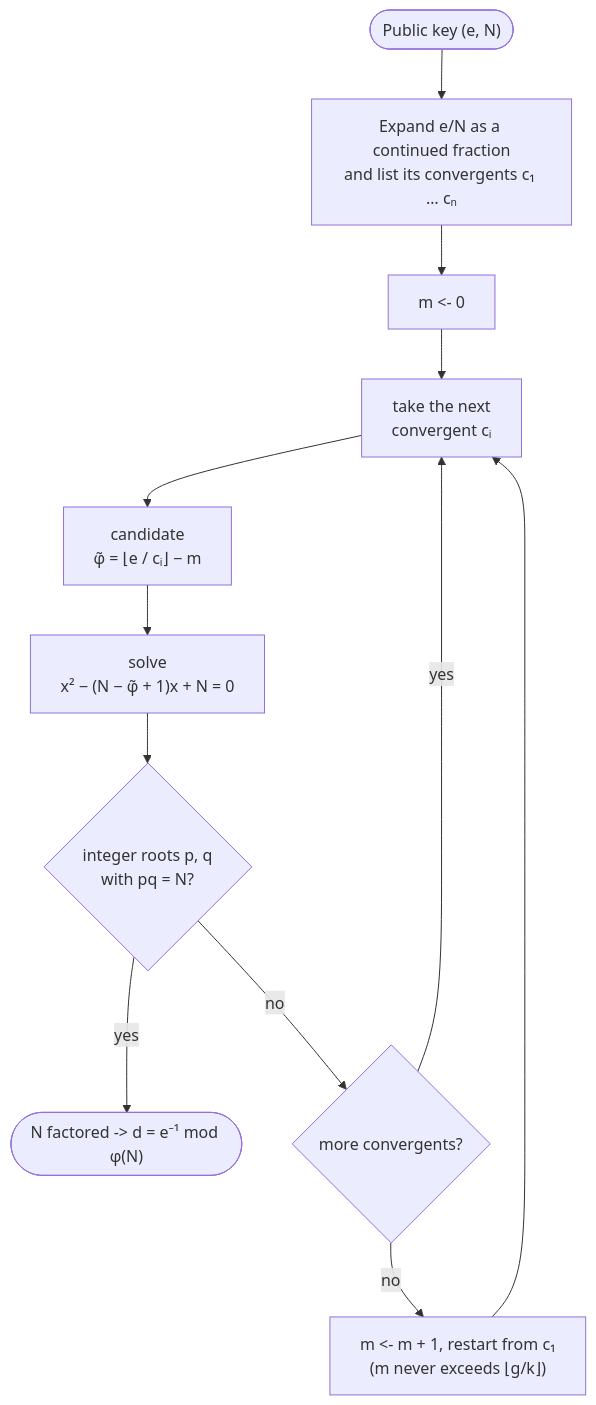
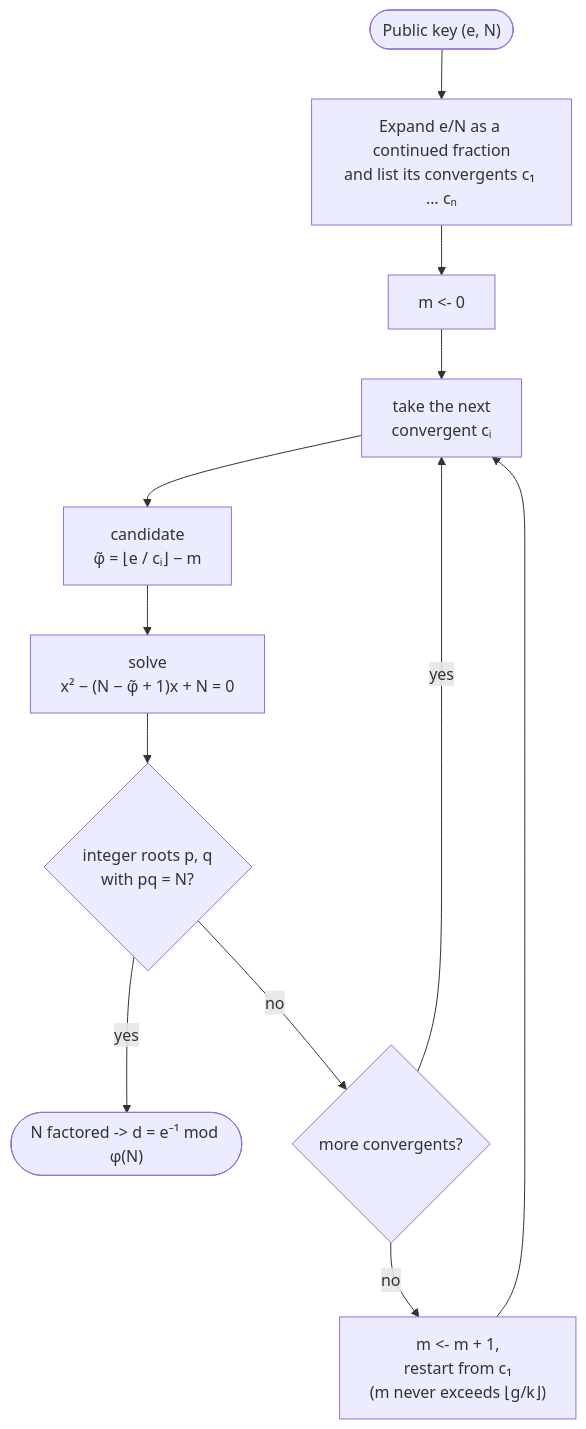
Before and after one commit to matteogiorgi/wiener: the third of 3 diagrams in README.md, drawn with Mermaid.

````diff
--- a/README.md
+++ b/README.md
@@ -200,14 +200,14 @@
 ```mermaid
 flowchart TD
     S(["Public key (e, N)"]) --> CF["Expand e/N as a continued fraction<br/>and list its convergents c₁ … cₙ"]
     CF --> M["m <- 0"]
     M --> I["take the next<br/>convergent cᵢ"]
     I --> PHI["candidate<br/>φ̃ = ⌊e / cᵢ⌋ − m"]
     PHI --> Q["solve<br/>x² − (N − φ̃ + 1)x + N = 0"]
     Q --> T{"integer roots p, q<br/>with pq = N?"}
     T -- yes --> OK(["N factored -> d = e⁻¹ mod φ(N)"])
     T -- no --> MORE{"more convergents?"}
     MORE -- yes --> I
-    MORE -- no --> INC["m <- m + 1, restart from c₁<br/>(m never exceeds ⌊g/k⌋)"]
+    MORE -- no --> INC["m <- m + 1,<br/>restart from c₁<br/>(m never exceeds ⌊g/k⌋)"]
     INC --> I
 ```
````
